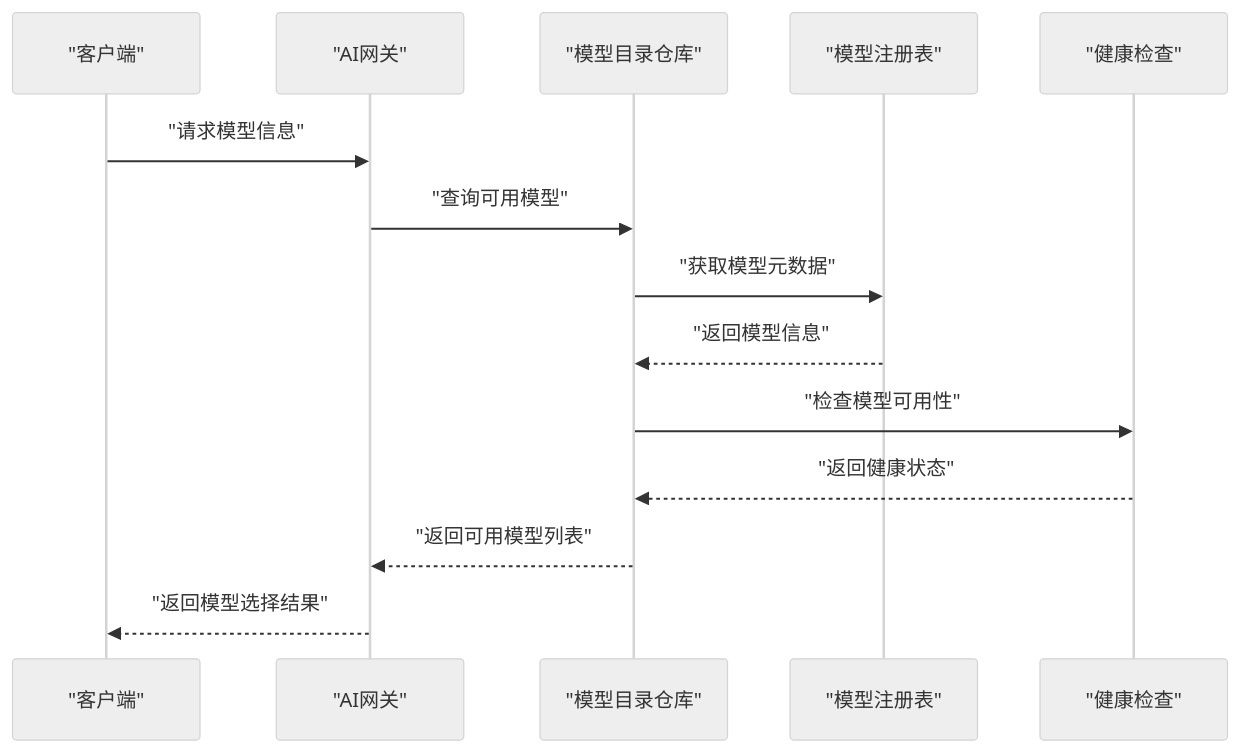
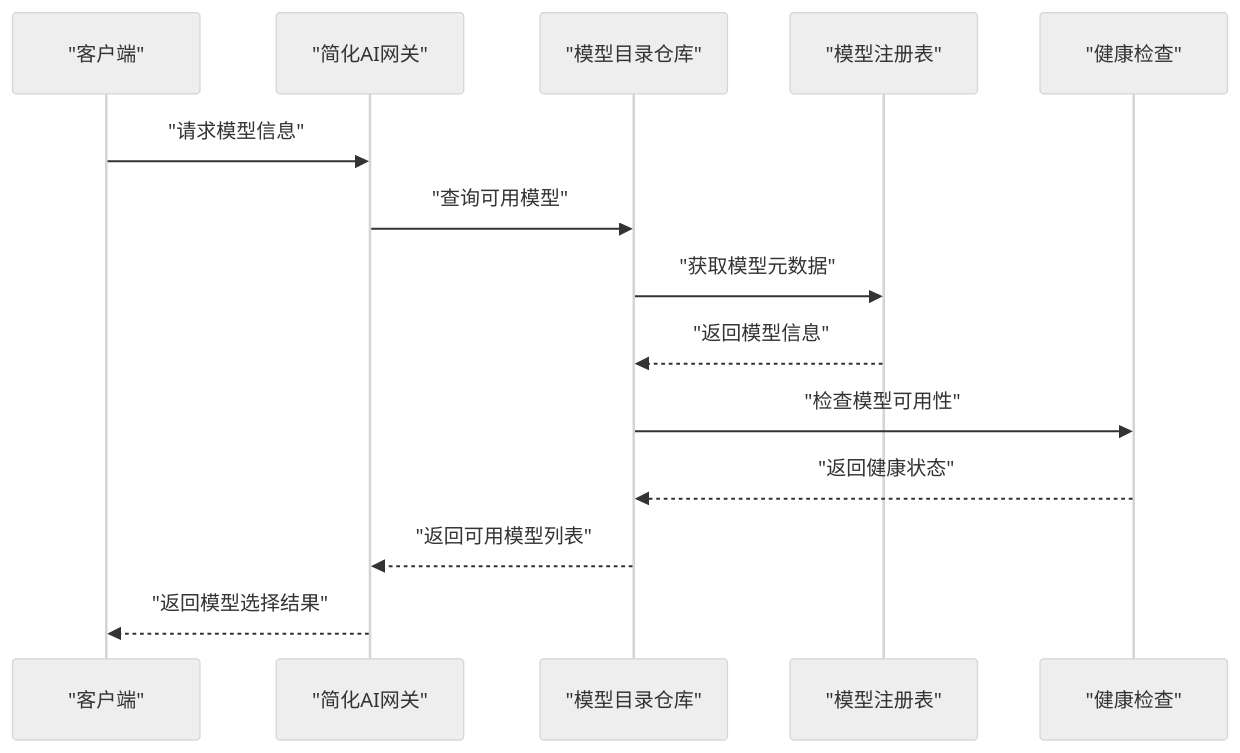
Before and after one commit to scottcwy/PurpleInk: the fifth of 15 diagrams in .qoder/repowiki/zh/content/AI系统集成/AI托管服务架构.md, drawn with Mermaid (neutral theme). The commit also changed other lines of this file and 23 other files, not shown here.

````diff
--- a/.qoder/repowiki/zh/content/AI系统集成/AI托管服务架构.md
+++ b/.qoder/repowiki/zh/content/AI系统集成/AI托管服务架构.md
@@ -442,16 +444,16 @@
 ```mermaid
 sequenceDiagram
 participant Client as "客户端"
-participant Gateway as "AI网关"
+participant Gateway as "简化AI网关"
 participant Catalog as "模型目录仓库"
 participant Registry as "模型注册表"
 participant Health as "健康检查"
 Client->>Gateway : "请求模型信息"
 Gateway->>Catalog : "查询可用模型"
 Catalog->>Registry : "获取模型元数据"
 Registry-->>Catalog : "返回模型信息"
 Catalog->>Health : "检查模型可用性"
 Health-->>Catalog : "返回健康状态"
 Catalog-->>Gateway : "返回可用模型列表"
 Gateway-->>Client : "返回模型选择结果"
 ```
````
